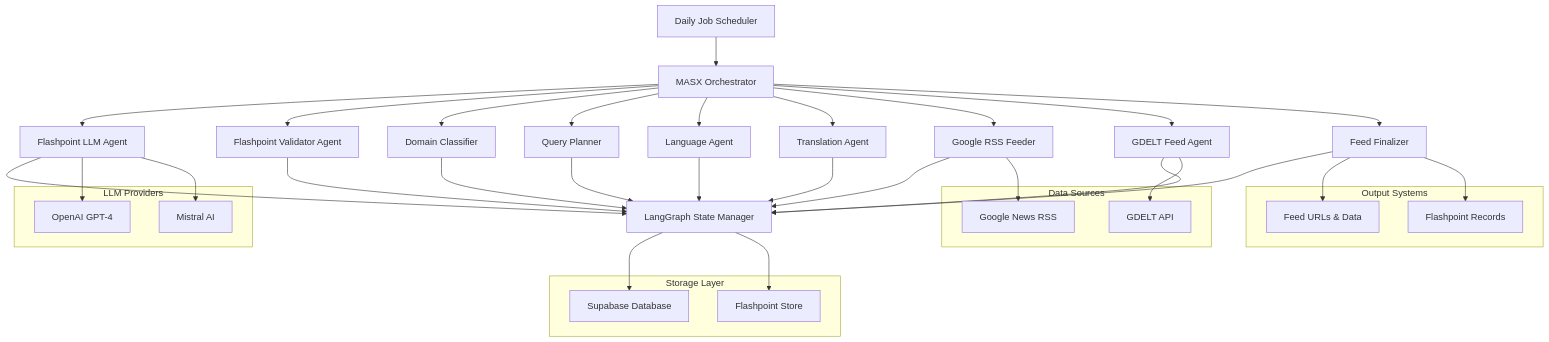
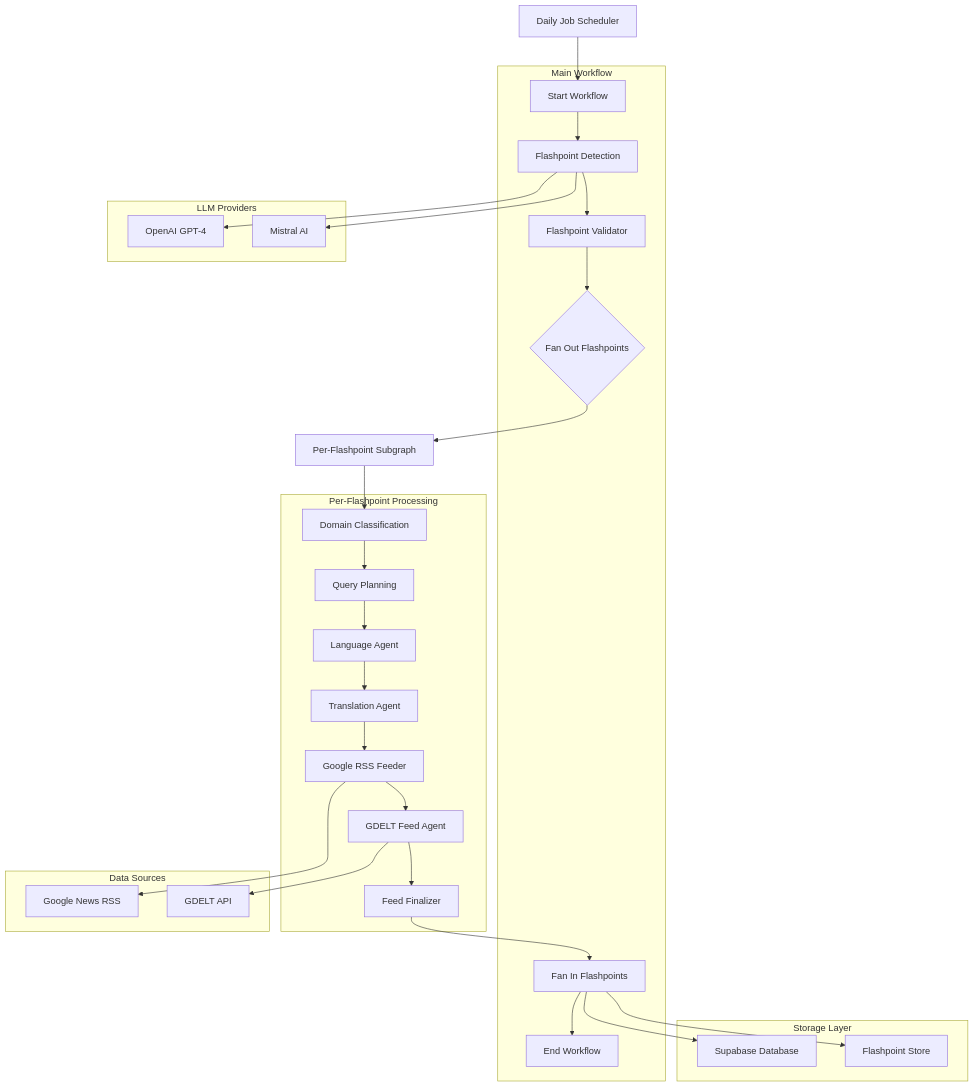
The first of 2 diagrams in agent_hub/README.md (AteetVatan/ai-global-signal-grid), drawn with Mermaid before and after one commit. The commit also changed other lines of this file, not shown here.

Commit message:
updated agent_hub readme.md

````diff
--- a/agent_hub/README.md
+++ b/agent_hub/README.md
@@ -71,55 +72,62 @@
 ```mermaid
 flowchart TD
-    A[Daily Job Scheduler] --> B[MASX Orchestrator]
-    B --> C[Flashpoint LLM Agent]
-    B --> D[Flashpoint Validator Agent]
-    B --> E[Domain Classifier]
-    B --> F[Query Planner]
-    B --> G[Language Agent]
-    B --> H[Translation Agent]
-    B --> I[Google RSS Feeder]
-    B --> J[GDELT Feed Agent]
-    B --> K[Feed Finalizer]
+    A[Daily Job Scheduler] --> B[Start Workflow]
+    B --> C[Flashpoint Detection]
+    C --> D[Flashpoint Validator]
+    D --> E{Fan Out Flashpoints}
     
-    C --> L[LangGraph State Manager]
-    D --> L
-    E --> L
-    F --> L
-    G --> L
-    H --> L
-    I --> L
-    J --> L
-    K --> L
+    E --> F[Per-Flashpoint Subgraph]
+    F --> G[Domain Classification]
+    G --> H[Query Planning]
+    H --> I[Language Agent]
+    I --> J[Translation Agent]
+    J --> K[Google RSS Feeder]
+    K --> L[GDELT Feed Agent]
+    L --> M[Feed Finalizer]
     
-    L --> M[Supabase Database]
-    L --> N[Flashpoint Store]
+    M --> N[Fan In Flashpoints]
+    N --> O[End Workflow]
     
-    I --> O[Google News RSS]
-    J --> P[GDELT API]
+    C --> P[OpenAI GPT-4]
+    C --> Q[Mistral AI]
     
-    C --> Q[OpenAI GPT-4]
-    C --> R[Mistral AI]
+    K --> R[Google News RSS]
+    L --> S[GDELT API]
     
-    K --> S[Feed URLs & Data]
-    K --> T[Flashpoint Records]
+    N --> T[Supabase Database]
+    N --> U[Flashpoint Store]
+    
+    subgraph "Main Workflow"
+        B
+        C
+        D
+        E
+        N
+        O
+    end
+    
+    subgraph "Per-Flashpoint Processing"
+        G
+        H
+        I
+        J
+        K
+        L
+        M
+    end
     
     subgraph "Data Sources"
-        O
-        P
+        R
+        S
     end
     
     subgraph "LLM Providers"
+        P
         Q
-        R
     end
     
     subgraph "Storage Layer"
-        M
-        N
-    end
-    
-    subgraph "Output Systems"
-        S
         T
+        U
     end
 ```
````
